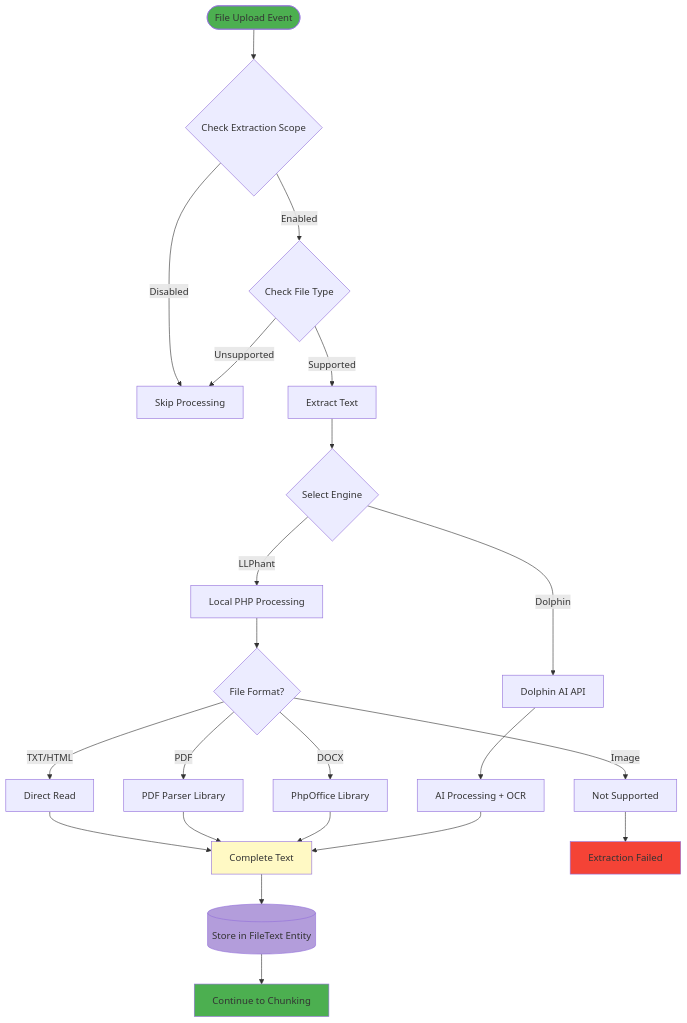
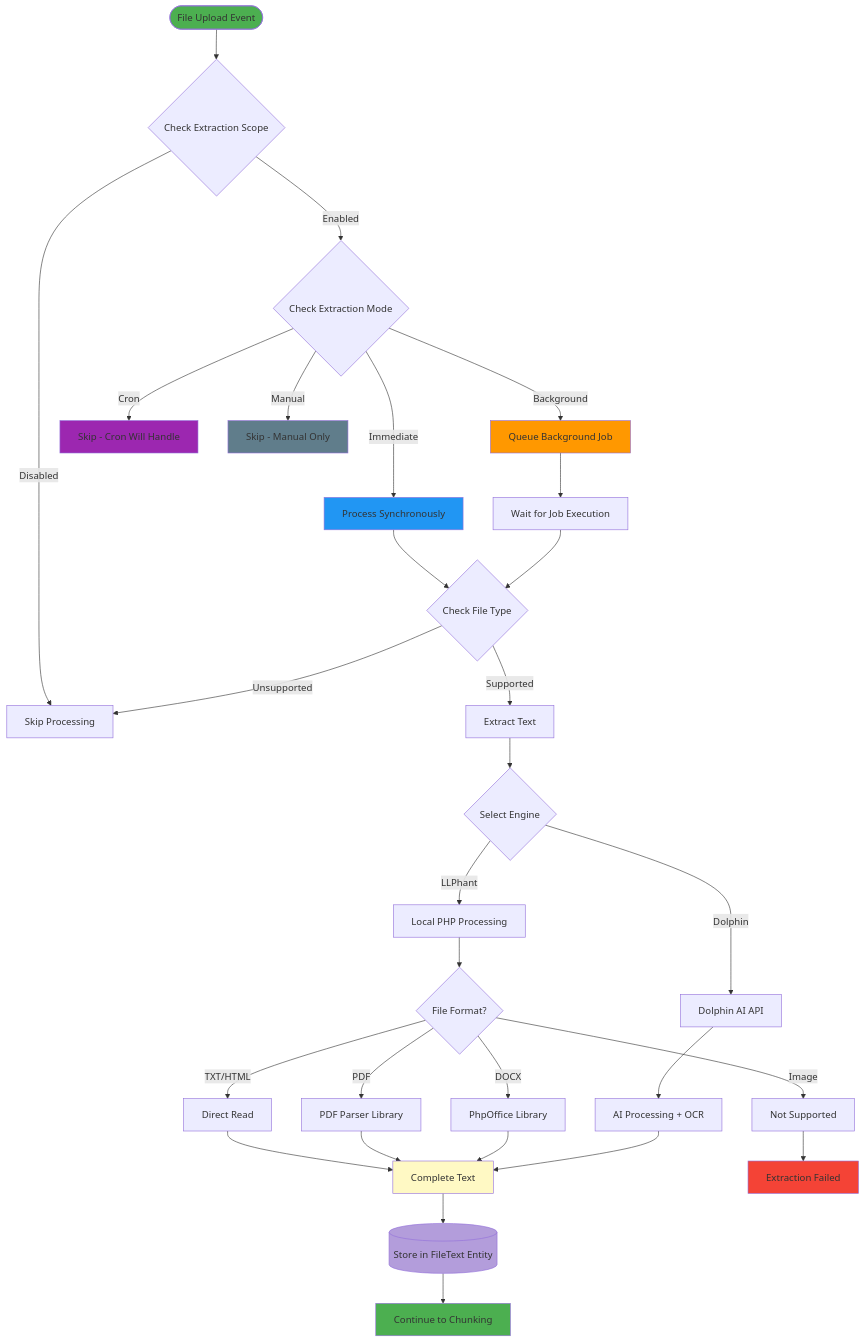
Before and after one commit to ConductionNL/openregister: the seventh of 13 diagrams in website/docs/features/text-extraction-sources.md, drawn with Mermaid. The commit also changed other lines of this file and 75 other files, not shown here.

````diff
--- a/website/docs/features/text-extraction-sources.md
+++ b/website/docs/features/text-extraction-sources.md
@@ -81,37 +280,50 @@
 ```mermaid
 flowchart TD
     Start([File Upload Event]) --> Check{Check Extraction Scope}
     Check -->|Disabled| Skip[Skip Processing]
-    Check -->|Enabled| Type{Check File Type}
+    Check -->|Enabled| Mode{Check Extraction Mode}
+    
+    Mode -->|Immediate| Immediate[Process Synchronously]
+    Mode -->|Background| Queue[Queue Background Job]
+    Mode -->|Cron| SkipCron[Skip - Cron Will Handle]
+    Mode -->|Manual| SkipManual[Skip - Manual Only]
+    
+    Immediate --> Type{Check File Type}
+    Queue --> Wait[Wait for Job Execution]
+    Wait --> Type
     
     Type -->|Supported| Extract[Extract Text]
     Type -->|Unsupported| Skip
     
     Extract --> Engine{Select Engine}
     
     Engine -->|LLPhant| Local[Local PHP Processing]
     Engine -->|Dolphin| API[Dolphin AI API]
     
     Local --> Parse{File Format?}
     Parse -->|TXT/HTML| Direct[Direct Read]
     Parse -->|PDF| PDFLib[PDF Parser Library]
     Parse -->|DOCX| DOCXLib[PhpOffice Library]
     Parse -->|Image| NotSupported[Not Supported]
     
     API --> DolphinProcess[AI Processing + OCR]
     
     Direct --> Text[Complete Text]
     PDFLib --> Text
     DOCXLib --> Text
     DolphinProcess --> Text
     NotSupported --> Error[Extraction Failed]
     
     Text --> Store[(Store in FileText Entity)]
     Store --> Chunk[Continue to Chunking]
     
     style Start fill:#4caf50
+    style Immediate fill:#2196f3
+    style Queue fill:#ff9800
+    style SkipCron fill:#9c27b0
+    style SkipManual fill:#607d8b
     style Text fill:#fff9c4
     style Store fill:#b39ddb
     style Chunk fill:#4caf50
     style Error fill:#f44336
 ```
````
